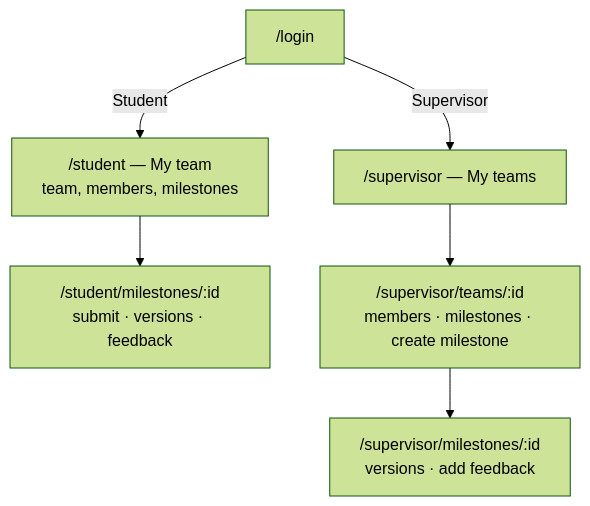
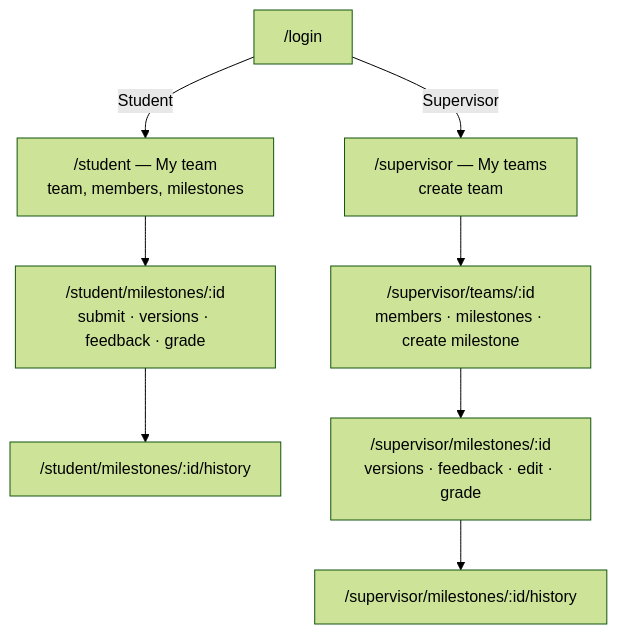
One commit to ILoveSiesta/Course-Project-Management-System changed the third of 4 diagrams in docs/system-sds.md. Above: the diagram before and after it, drawn with Mermaid (forest theme). The commit also changed other lines of this file and 8 other files, not shown here.

````diff
--- a/docs/system-sds.md
+++ b/docs/system-sds.md
@@ -159,8 +161,10 @@
 ```mermaid
 flowchart TD
   L["/login"] -->|Student| SH["/student — My team<br/>team, members, milestones"]
-  L -->|Supervisor| PH["/supervisor — My teams"]
-  SH --> SM["/student/milestones/:id<br/>submit · versions · feedback"]
+  L -->|Supervisor| PH["/supervisor — My teams<br/>create team"]
+  SH --> SM["/student/milestones/:id<br/>submit · versions · feedback · grade"]
+  SM --> SR["/student/milestones/:id/history"]
   PH --> PT["/supervisor/teams/:id<br/>members · milestones · create milestone"]
-  PT --> PM["/supervisor/milestones/:id<br/>versions · add feedback"]
+  PT --> PM["/supervisor/milestones/:id<br/>versions · feedback · edit · grade"]
+  PM --> PR["/supervisor/milestones/:id/history"]
 ```
````
